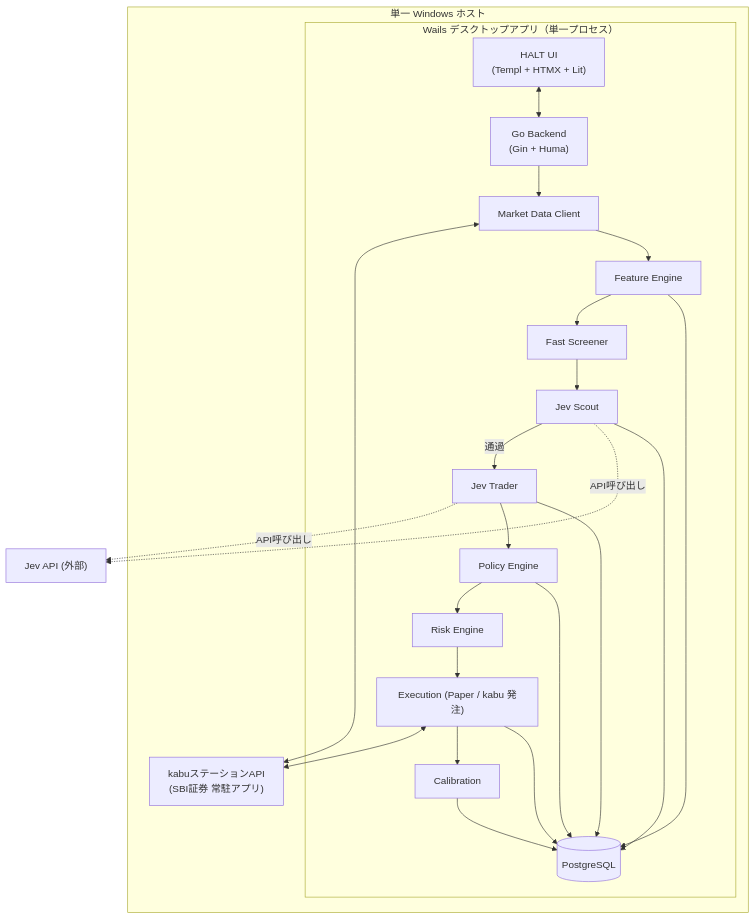
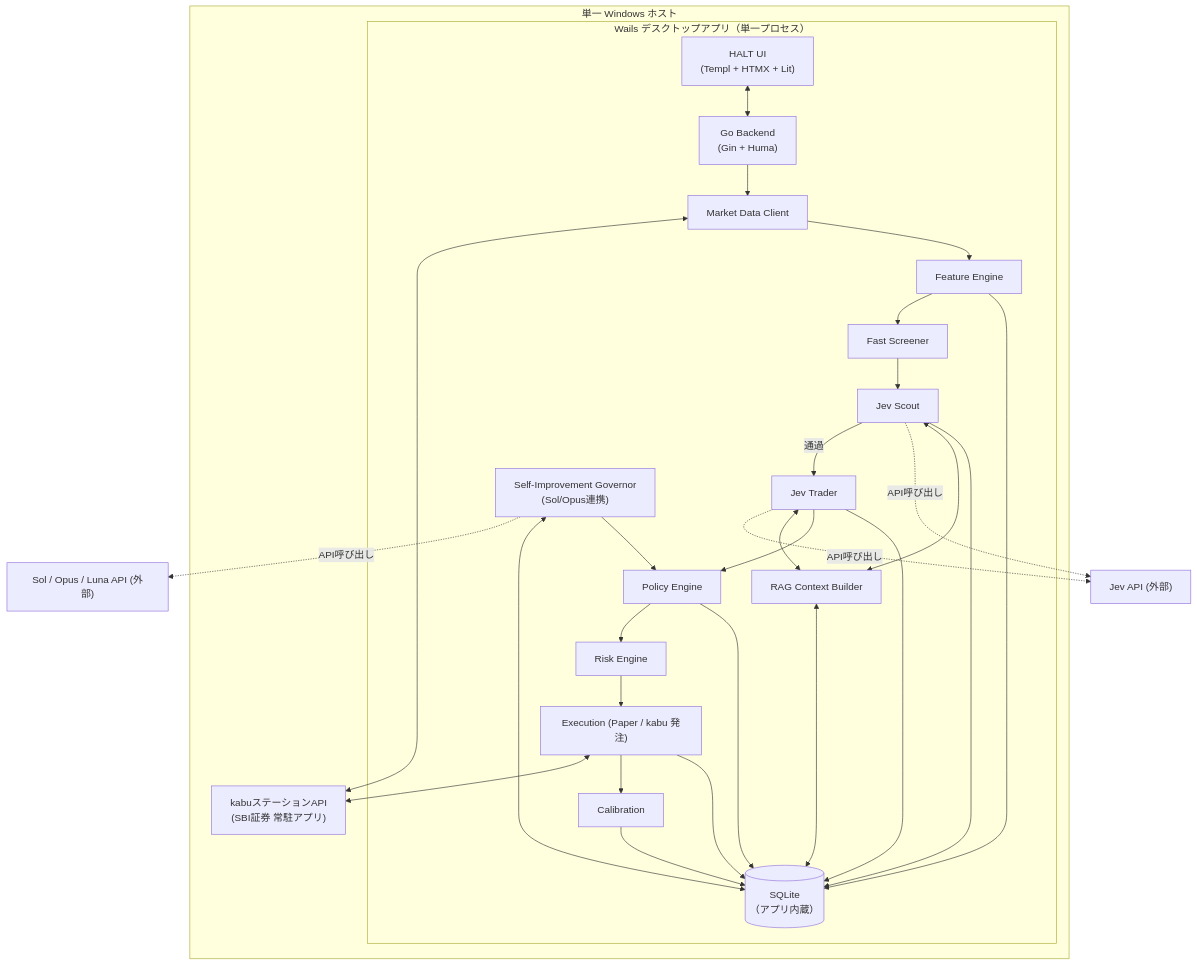
One commit to ousiassllc/pitha-trador changed the diagram in docs/overview.md. Above: the diagram before and after it, drawn with Mermaid. The commit also changed other lines of this file and 5 other files, not shown here.

Commit message:
docs: Jev RAG・Sol/Opus自己改善ループを追加し、DBをPostgreSQLからSQLite(アプリ内蔵)へ全面移行

````diff
--- a/docs/overview.md
+++ b/docs/overview.md
@@ -48,38 +50,47 @@
 ```mermaid
 graph TD
     subgraph Host["単一 Windows ホスト"]
         subgraph Wails["Wails デスクトップアプリ（単一プロセス）"]
             UI["HALT UI\n(Templ + HTMX + Lit)"]
             API["Go Backend\n(Gin + Huma)"]
             MD["Market Data Client"]
             FE["Feature Engine"]
             FS["Fast Screener"]
             JS["Jev Scout"]
             JT["Jev Trader"]
             PE["Policy Engine"]
             RE["Risk Engine"]
             EX["Execution (Paper / kabu 発注)"]
             CAL["Calibration"]
-            DB[("PostgreSQL")]
+            RAG["RAG Context Builder"]
+            SOL_GOV["Self-Improvement Governor\n(Sol/Opus連携)"]
+            DB[("SQLite\n（アプリ内蔵）")]
         end
         KABU["kabuステーションAPI\n(SBI証券 常駐アプリ)"]
     end
     JEVAPI["Jev API (外部)"]
+    SOLAPI["Sol / Opus / Luna API (外部)"]
 
     UI <--> API
     API --> MD
     MD <--> KABU
     MD --> FE --> FS --> JS
     JS -->|"通過"| JT
     JS -.->|"API呼び出し"| JEVAPI
     JT -.->|"API呼び出し"| JEVAPI
+    JS <--> RAG
+    JT <--> RAG
+    RAG <--> DB
+    SOL_GOV -.->|"API呼び出し"| SOLAPI
+    SOL_GOV <--> DB
+    SOL_GOV --> PE
     JT --> PE --> RE --> EX
     EX <--> KABU
     EX --> CAL
     CAL --> DB
     FE --> DB
     JS --> DB
     JT --> DB
     PE --> DB
     EX --> DB
 ```
````
